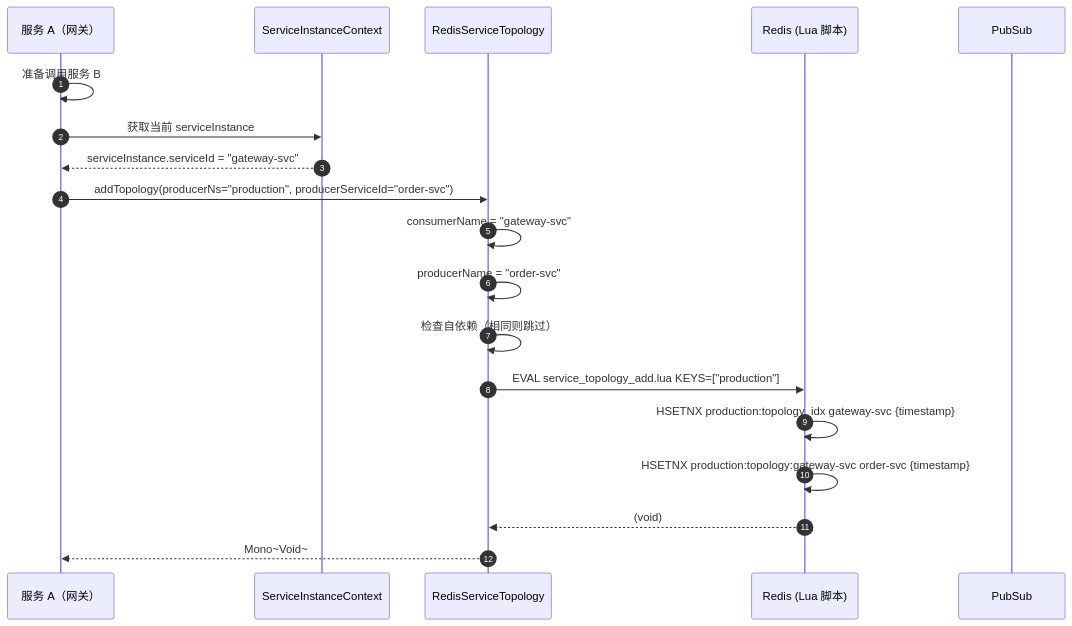
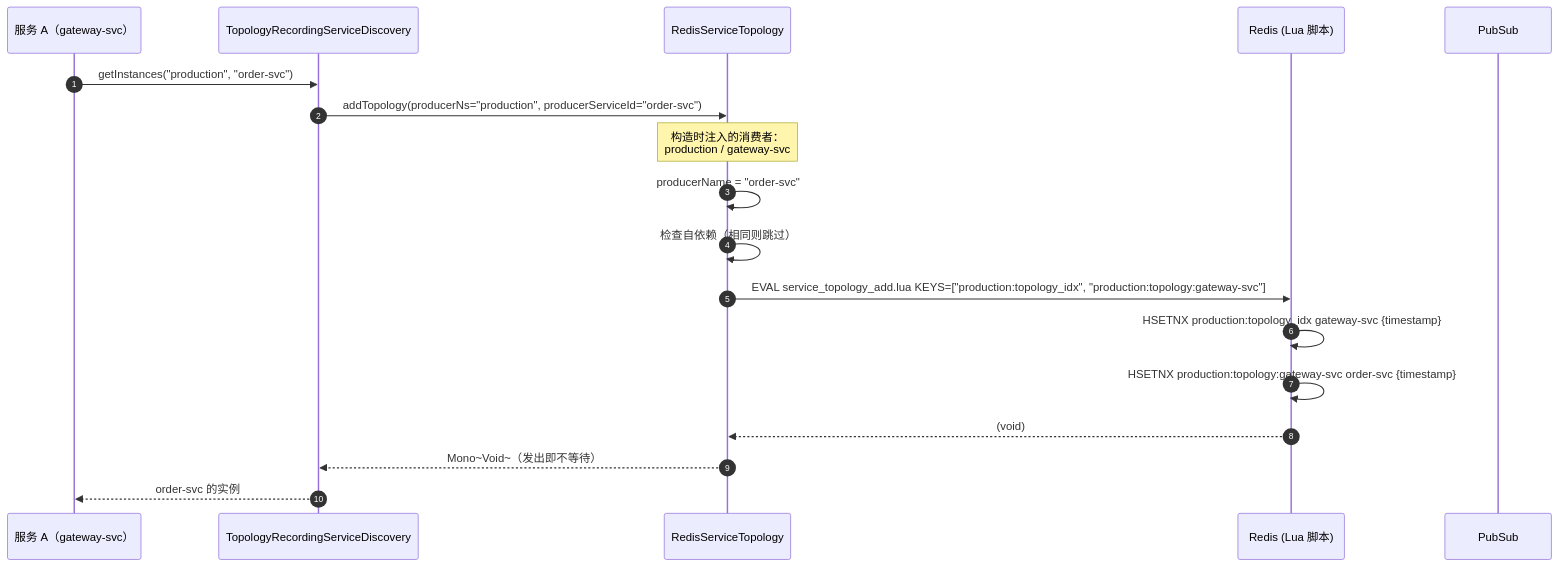
One commit to Ahoo-Wang/CoSky changed the third of 5 diagrams in wiki/zh/guide/service-topology.md. Above: the diagram before and after it, drawn with Mermaid. The commit also changed other lines of this file and 201 other files, not shown here.

First line of the commit message:
Architecture & quality overhaul: consistent caches, Lua modularization, expiry reaping, security hardening (#985)

````diff
--- a/wiki/zh/guide/service-topology.md
+++ b/wiki/zh/guide/service-topology.md
@@ -104,22 +109,21 @@
 ```mermaid
 sequenceDiagram
     autonumber
-    participant SvcA as 服务 A（网关）
-    participant SC as ServiceInstanceContext
+    participant SvcA as 服务 A（gateway-svc）
+    participant TRD as TopologyRecordingServiceDiscovery
     participant RST as RedisServiceTopology
     participant Redis as Redis (Lua 脚本)
     participant Sub as PubSub
 
-    SvcA->>SvcA: 准备调用服务 B
-    SvcA->>SC: 获取当前 serviceInstance
-    SC-->>SvcA: serviceInstance.serviceId = "gateway-svc"
-    SvcA->>RST: addTopology(producerNs="production", producerServiceId="order-svc")
-    RST->>RST: consumerName = "gateway-svc"
+    SvcA->>TRD: getInstances("production", "order-svc")
+    TRD->>RST: addTopology(producerNs="production", producerServiceId="order-svc")
+    Note over RST: 构造时注入的消费者：<br>production / gateway-svc
     RST->>RST: producerName = "order-svc"
     RST->>RST: 检查自依赖（相同则跳过）
-    RST->>Redis: EVAL service_topology_add.lua KEYS=["production"]
+    RST->>Redis: EVAL service_topology_add.lua KEYS=["production:topology_idx", "production:topology:gateway-svc"]
     Redis->>Redis: HSETNX production:topology_idx gateway-svc {timestamp}
     Redis->>Redis: HSETNX production:topology:gateway-svc order-svc {timestamp}
     Redis-->>RST: (void)
-    RST-->>SvcA: Mono~Void~
+    RST-->>TRD: Mono~Void~（发出即不等待）
+    TRD-->>SvcA: order-svc 的实例
 ```
````
